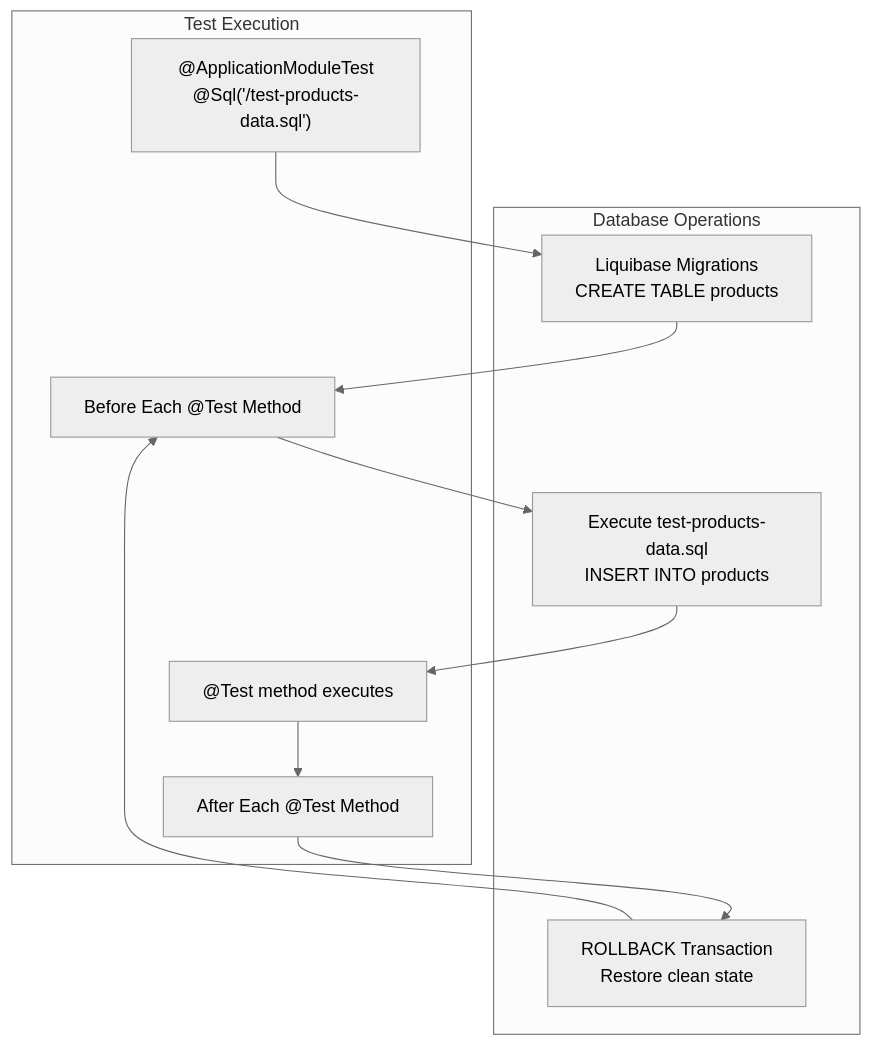
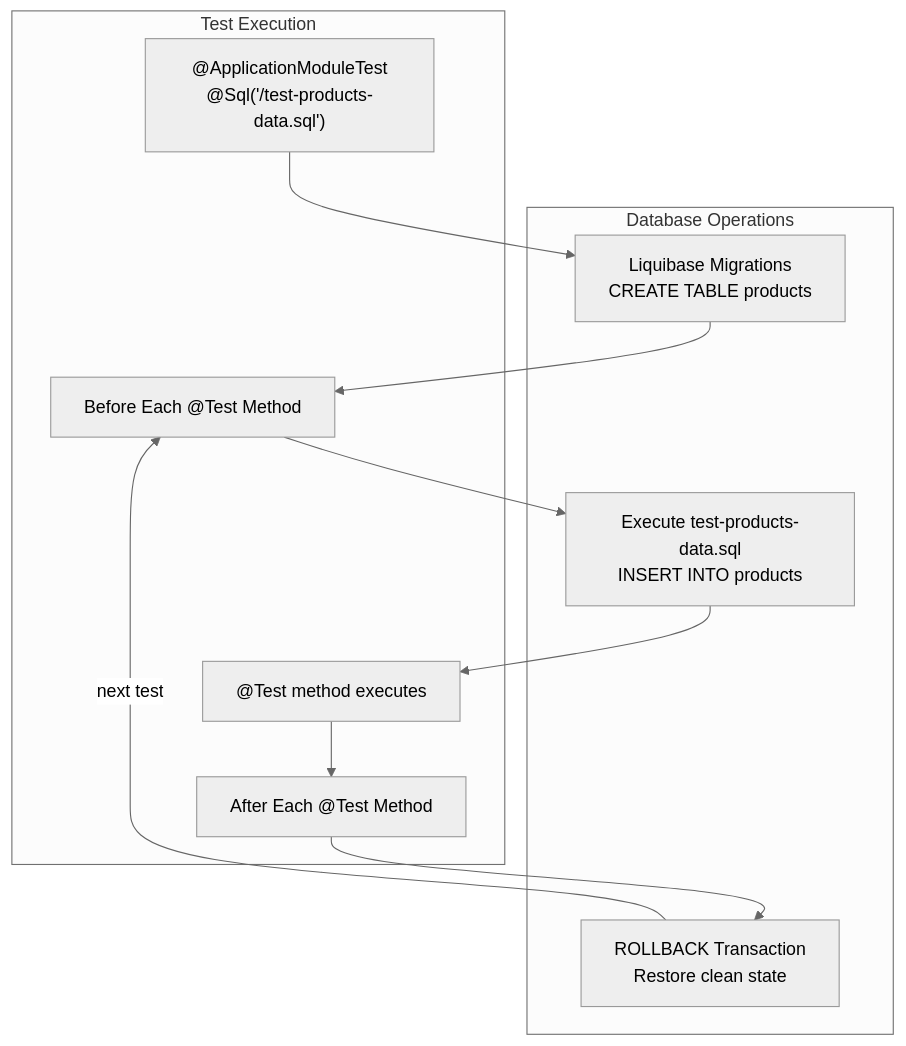
One commit to philipz/spring-modular-monolith changed the fifth of 5 diagrams in docs/deepwiki/Integration-Testing-Strategies.md. Above: the diagram before and after it, drawn with Mermaid (neutral theme). The commit also changed other lines of this file and 55 other files, not shown here.

````diff
--- a/docs/deepwiki/Integration-Testing-Strategies.md
+++ b/docs/deepwiki/Integration-Testing-Strategies.md
@@ -409,32 +409,32 @@
 ```mermaid
 flowchart TD
 
 TestClass["@ApplicationModuleTest<br>@Sql('/test-products-data.sql')"]
 BeforeEach["Before Each @Test Method"]
 TestMethod["@Test method executes"]
 AfterEach["After Each @Test Method"]
 Liquibase["Liquibase Migrations<br>CREATE TABLE products"]
 SqlScript["Execute test-products-data.sql<br>INSERT INTO products"]
 Rollback["ROLLBACK Transaction<br>Restore clean state"]
 
 TestClass --> Liquibase
 Liquibase --> BeforeEach
 BeforeEach --> SqlScript
 SqlScript --> TestMethod
 AfterEach --> Rollback
-Rollback --> BeforeEach
+Rollback -->|"next test"| BeforeEach
 
 subgraph subGraph1 ["Database Operations"]
     Liquibase
     SqlScript
     Rollback
 end
 
 subgraph subGraph0 ["Test Execution"]
     TestClass
     BeforeEach
     TestMethod
     AfterEach
     TestMethod --> AfterEach
 end
 ```
````
